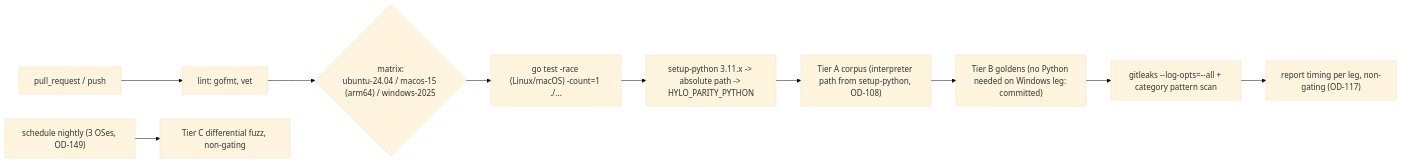
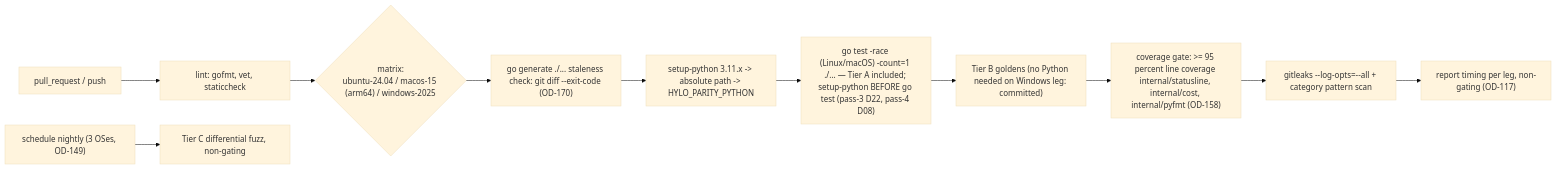
One commit to drbothen/hylo changed the diagram in specs/architecture/ARCH-08-build-ci-release.md. Above: the diagram before and after it, drawn with Mermaid (base theme). The commit also changed other lines of this file and 162 other files, not shown here.

````diff
--- a/specs/architecture/ARCH-08-build-ci-release.md
+++ b/specs/architecture/ARCH-08-build-ci-release.md
@@ -37,12 +38,13 @@
 ```mermaid
 flowchart LR
-    PR["pull_request / push"] --> L["lint: gofmt, vet"]
+    PR["pull_request / push"] --> L["lint: gofmt, vet, staticcheck"]
     L --> M{"matrix:<br/>ubuntu-24.04 / macos-15 (arm64) / windows-2025"}
-    M --> T["go test -race (Linux/macOS) -count=1 ./..."]
-    T --> PY["setup-python 3.11.x -> absolute path -> HYLO_PARITY_PYTHON"]
-    PY --> TA["Tier A corpus (interpreter path from setup-python, OD-108)"]
-    TA --> TB["Tier B goldens (no Python needed on Windows leg: committed)"]
-    TB --> HL["gitleaks --log-opts=--all + category pattern scan"]
+    M --> GEN["go generate ./... staleness check: git diff --exit-code (OD-170)"]
+    GEN --> PY["setup-python 3.11.x -> absolute path -> HYLO_PARITY_PYTHON"]
+    PY --> T["go test -race (Linux/macOS) -count=1 ./... — Tier A included; setup-python BEFORE go test (pass-3 D22, pass-4 D08)"]
+    T --> TB["Tier B goldens (no Python needed on Windows leg: committed)"]
+    TB --> COV["coverage gate: >= 95 percent line coverage internal/statusline, internal/cost, internal/pyfmt (OD-158)"]
+    COV --> HL["gitleaks --log-opts=--all + category pattern scan"]
     HL --> J["report timing per leg, non-gating (OD-117)"]
     Nightly["schedule nightly (3 OSes, OD-149)"] --> TC["Tier C differential fuzz, non-gating"]
 ```
````
